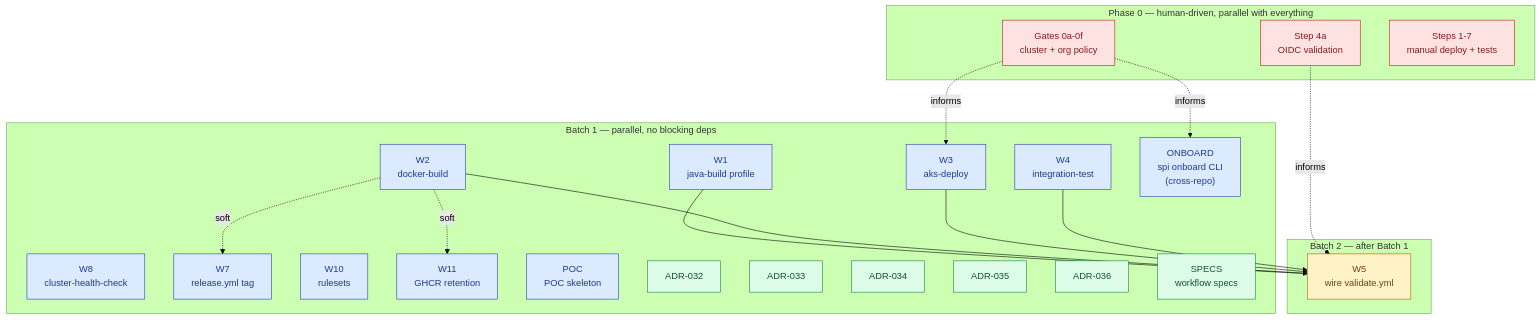
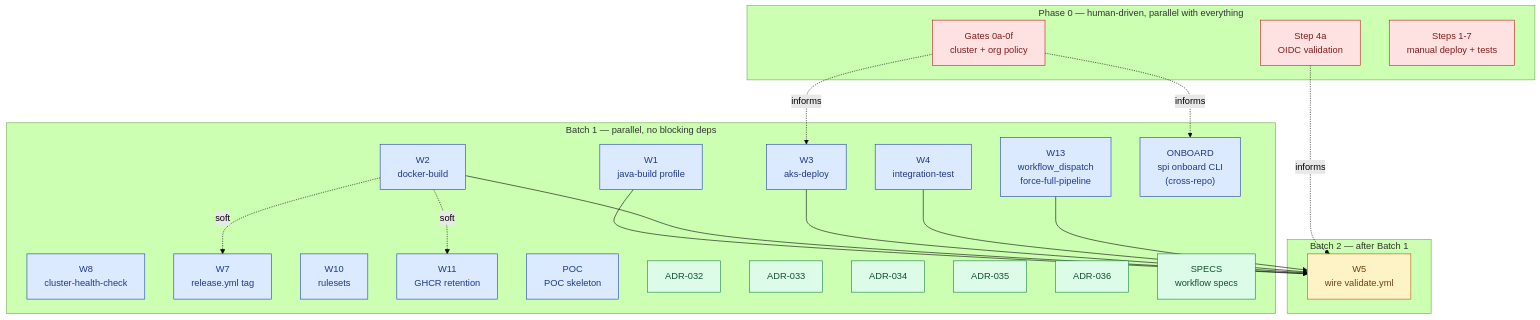
One commit to danielscholl-osdu/osdu-spi changed the diagram in doc/product/cicd-implementation-plan.md. Above: the diagram before and after it, drawn with Mermaid (forest theme). The commit also changed other lines of this file and 1 other file, not shown here.

````diff
--- a/doc/product/cicd-implementation-plan.md
+++ b/doc/product/cicd-implementation-plan.md
@@ -47,48 +47,50 @@
 ```mermaid
 graph TD
     classDef batch1 fill:#dbeafe,stroke:#1e40af,color:#1e3a8a
     classDef batch2 fill:#fef3c7,stroke:#a16207,color:#713f12
     classDef human fill:#fee2e2,stroke:#b91c1c,color:#7f1d1d
     classDef adr fill:#dcfce7,stroke:#15803d,color:#14532d
 
     subgraph Batch1["Batch 1 — parallel, no blocking deps"]
         W1["W1<br/>java-build profile"]:::batch1
         W2["W2<br/>docker-build"]:::batch1
         W3["W3<br/>aks-deploy"]:::batch1
         W4["W4<br/>integration-test"]:::batch1
         W8["W8<br/>cluster-health-check"]:::batch1
         W7["W7<br/>release.yml tag"]:::batch1
         W10["W10<br/>rulesets"]:::batch1
         W11["W11<br/>GHCR retention"]:::batch1
+        W13["W13<br/>workflow_dispatch<br/>force-full-pipeline"]:::batch1
         POC["POC<br/>POC skeleton"]:::batch1
         ONBOARD["ONBOARD<br/>spi onboard CLI<br/>(cross-repo)"]:::batch1
         ADR32["ADR-032"]:::adr
         ADR33["ADR-033"]:::adr
         ADR34["ADR-034"]:::adr
         ADR35["ADR-035"]:::adr
         ADR36["ADR-036"]:::adr
         SPECS["SPECS<br/>workflow specs"]:::adr
     end
 
     subgraph Batch2["Batch 2 — after Batch 1"]
         W5["W5<br/>wire validate.yml"]:::batch2
     end
 
     subgraph Phase0["Phase 0 — human-driven, parallel with everything"]
         G["Gates 0a-0f<br/>cluster + org policy"]:::human
         OIDC["Step 4a<br/>OIDC validation"]:::human
         MANUAL["Steps 1-7<br/>manual deploy + tests"]:::human
     end
 
     W1 --> W5
     W2 --> W5
     W3 --> W5
     W4 --> W5
+    W13 --> W5
 
     W2 -. soft .-> W7
     W2 -. soft .-> W11
 
     G -. informs .-> W3
     G -. informs .-> ONBOARD
     OIDC -. informs .-> W5
 ```
````
